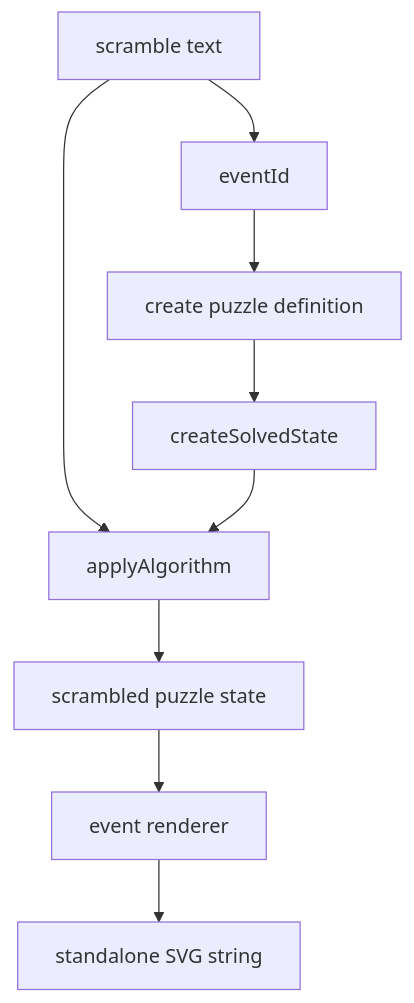
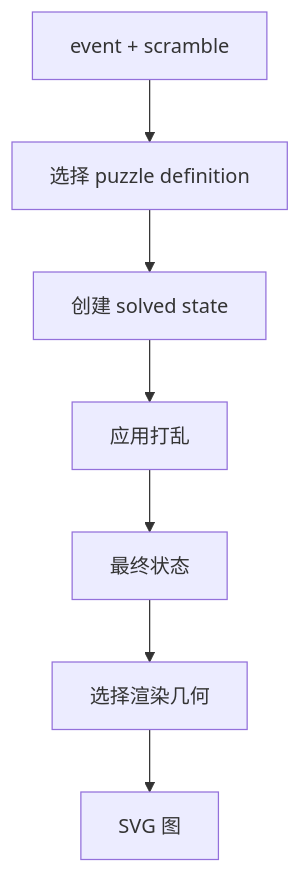
Before and after one commit to deweyou/cube-kit: the diagram in apps/scramble-docs/docs/zh/image-rendering.md, drawn with Mermaid. The commit also changed other lines of this file and 27 other files, not shown here.

Commit message:
docs(scramble-docs): deepen algorithm guide

````diff
--- a/apps/scramble-docs/docs/zh/image-rendering.md
+++ b/apps/scramble-docs/docs/zh/image-rendering.md
@@ -3,11 +3,9 @@
 ```mermaid
 flowchart TD
-    Scramble["scramble text"] --> Event["eventId"]
-    Event --> Definition["create puzzle definition"]
-    Definition --> Solved["createSolvedState"]
-    Scramble --> Apply["applyAlgorithm"]
-    Solved --> Apply
-    Apply --> State["scrambled puzzle state"]
-    State --> Renderer["event renderer"]
-    Renderer --> Svg["standalone SVG string"]
+    Input["event + scramble"] --> Definition["选择 puzzle definition"]
+    Definition --> Solved["创建 solved state"]
+    Solved --> Apply["应用打乱"]
+    Apply --> State["最终状态"]
+    State --> Geometry["选择渲染几何"]
+    Geometry --> Svg["SVG 图"]
 ```
````
